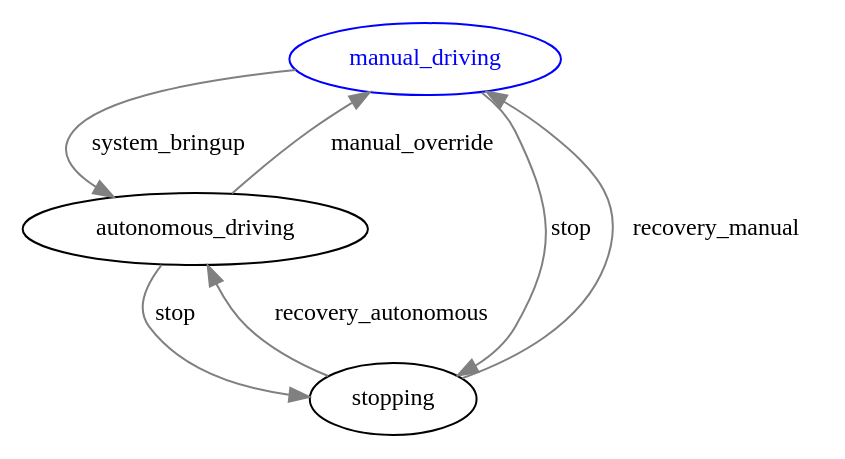
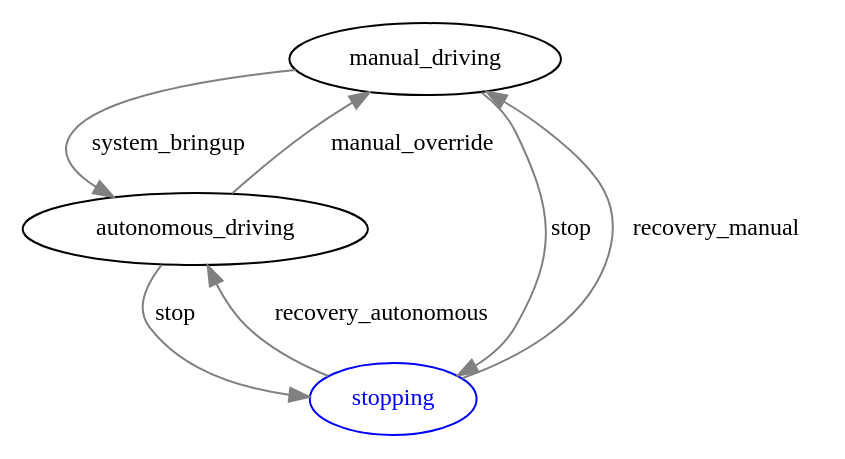
Before and after one commit to rigelVY/Reinventing-the-Wheel: the diagram in src/state_machine/rostate_machine/data/control_state_machine.dot, drawn with Graphviz. The commit also changed 1 other file, not shown here.

```diff
--- a/src/state_machine/rostate_machine/data/control_state_machine.dot
+++ b/src/state_machine/rostate_machine/data/control_state_machine.dot
@@ -1,46 +1,46 @@
 digraph G {
 graph [bgcolor=white]
-0 [color=blue,fontsize=12,shape=ellipse,label="manual_driving"]
-[fontcolor=blue]
+0 [color=black,fontsize=12,shape=ellipse,label="manual_driving"]
 ;
 1 [color=black,fontsize=12,shape=ellipse,label="autonomous_driving"]
 ;
-2 [color=black,fontsize=12,shape=ellipse,label="stopping"]
+2 [color=blue,fontsize=12,shape=ellipse,label="stopping"]
+[fontcolor=blue]
 ;
 0->1 [color=gray]
 [fontsize=12]
 [style=solid]
 [fontcolor=black]
 [label="system_bringup"]
 ;
 0->2 [color=gray]
 [fontsize=12]
 [style=solid]
 [fontcolor=black]
 [label="stop"]
 ;
 1->0 [color=gray]
 [fontsize=12]
 [style=solid]
 [fontcolor=black]
 [label="manual_override"]
 ;
 1->2 [color=gray]
 [fontsize=12]
 [style=solid]
 [fontcolor=black]
 [label="stop"]
 ;
 2->0 [color=gray]
 [fontsize=12]
 [style=solid]
 [fontcolor=black]
 [label="recovery_manual"]
 ;
 2->1 [color=gray]
 [fontsize=12]
 [style=solid]
 [fontcolor=black]
 [label="recovery_autonomous"]
 ;
 }
```
